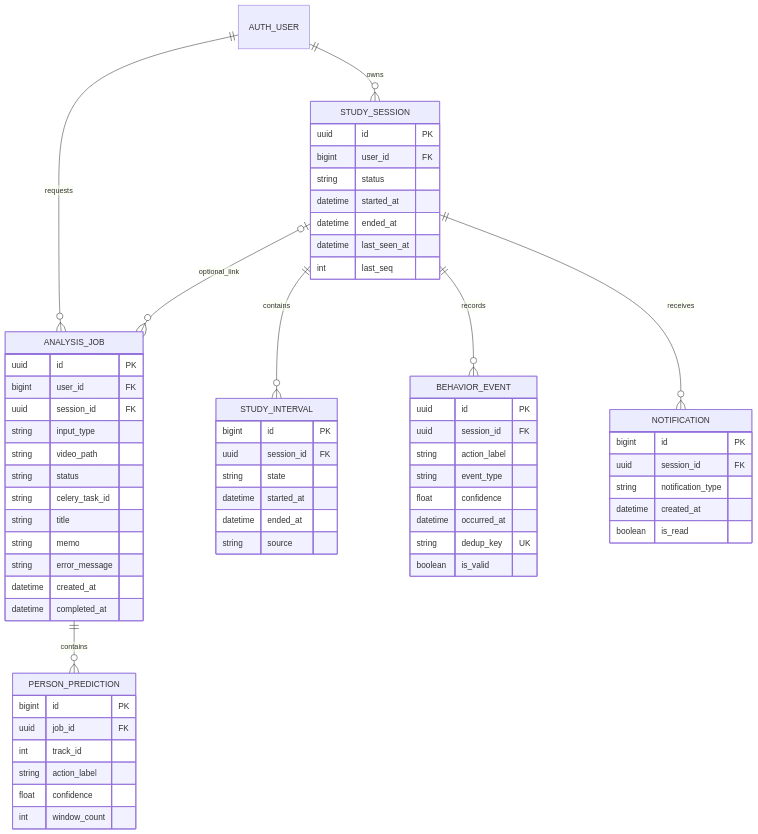
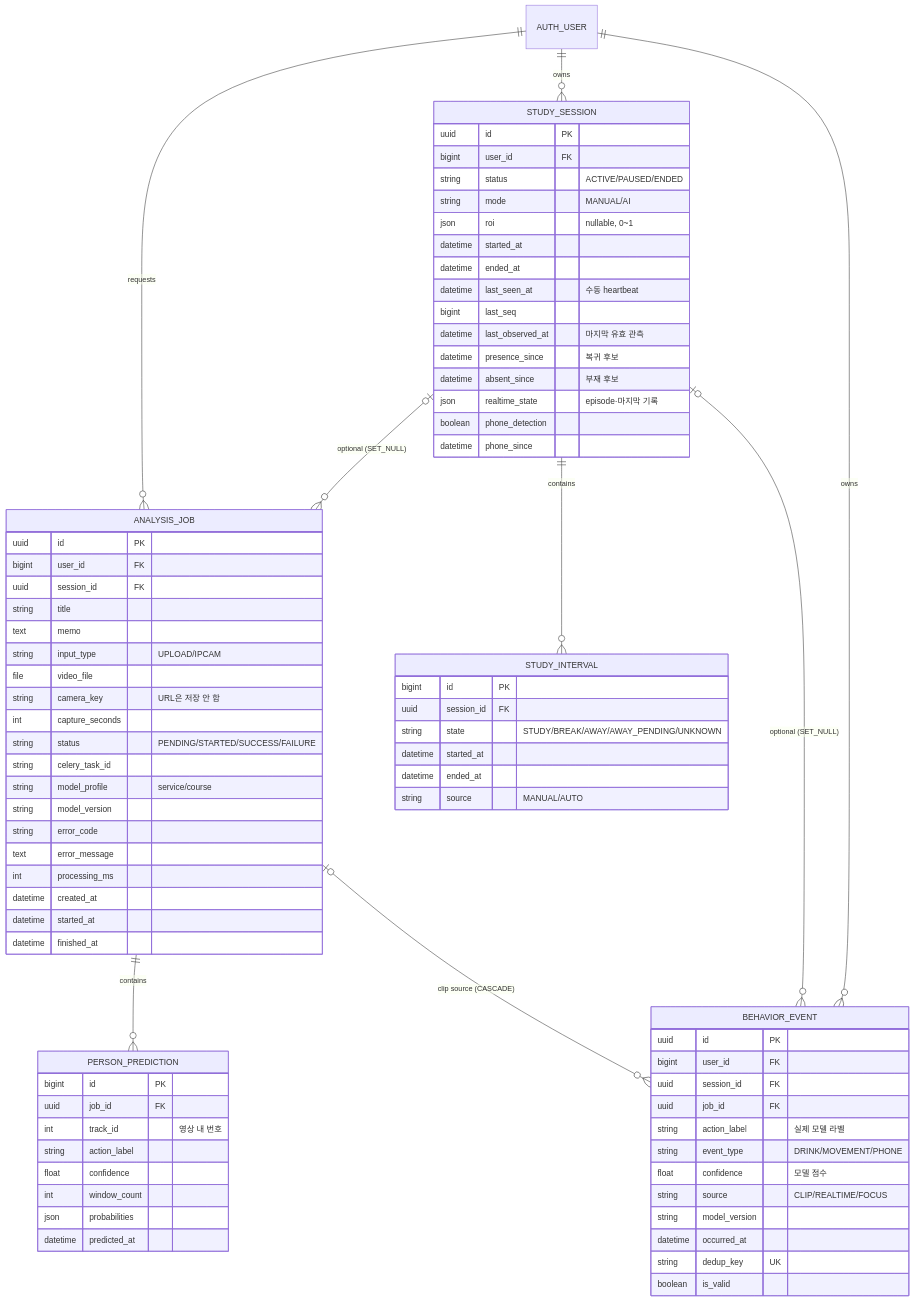
Before and after one commit to HanaPark-lab/desk-habit-coach: the diagram in docs/ERD.md, drawn with Mermaid. The commit also changed other lines of this file and 6 other files, not shown here.

````diff
--- a/docs/ERD.md
+++ b/docs/ERD.md
@@ -2,66 +2,81 @@
 ```mermaid
 erDiagram
  AUTH_USER ||--o{ ANALYSIS_JOB : requests
  ANALYSIS_JOB ||--o{ PERSON_PREDICTION : contains
  AUTH_USER ||--o{ STUDY_SESSION : owns
- STUDY_SESSION o|--o{ ANALYSIS_JOB : optional_link
+ STUDY_SESSION o|--o{ ANALYSIS_JOB : "optional (SET_NULL)"
  STUDY_SESSION ||--o{ STUDY_INTERVAL : contains
- STUDY_SESSION ||--o{ BEHAVIOR_EVENT : records
- STUDY_SESSION ||--o{ NOTIFICATION : receives
+ AUTH_USER ||--o{ BEHAVIOR_EVENT : owns
+ STUDY_SESSION o|--o{ BEHAVIOR_EVENT : "optional (SET_NULL)"
+ ANALYSIS_JOB o|--o{ BEHAVIOR_EVENT : "clip source (CASCADE)"
  STUDY_SESSION {
  uuid id PK
  bigint user_id FK
- string status
+ string status "ACTIVE/PAUSED/ENDED"
+ string mode "MANUAL/AI"
+ json roi "nullable, 0~1"
  datetime started_at
  datetime ended_at
- datetime last_seen_at
- int last_seq
+ datetime last_seen_at "수동 heartbeat"
+ bigint last_seq
+ datetime last_observed_at "마지막 유효 관측"
+ datetime presence_since "복귀 후보"
+ datetime absent_since "부재 후보"
+ json realtime_state "episode·마지막 기록"
+ boolean phone_detection
+ datetime phone_since
  }
  STUDY_INTERVAL {
  bigint id PK
  uuid session_id FK
- string state
+ string state "STUDY/BREAK/AWAY/AWAY_PENDING/UNKNOWN"
  datetime started_at
  datetime ended_at
- string source
+ string source "MANUAL/AUTO"
  }
  BEHAVIOR_EVENT {
  uuid id PK
+ bigint user_id FK
  uuid session_id FK
- string action_label
- string event_type
- float confidence
+ uuid job_id FK
+ string action_label "실제 모델 라벨"
+ string event_type "DRINK/MOVEMENT/PHONE"
+ float confidence "모델 점수"
+ string source "CLIP/REALTIME/FOCUS"
+ string model_version
  datetime occurred_at
  string dedup_key UK
  boolean is_valid
  }
  ANALYSIS_JOB {
  uuid id PK
  bigint user_id FK
  uuid session_id FK
- string input_type
- string video_path
- string status
+ string title
+ text memo
+ string input_type "UPLOAD/IPCAM"
+ file video_file
+ string camera_key "URL은 저장 안 함"
+ int capture_seconds
+ string status "PENDING/STARTED/SUCCESS/FAILURE"
  string celery_task_id
- string title
- string memo
- string error_message
+ string model_profile "service/course"
+ string model_version
+ string error_code
+ text error_message
+ int processing_ms
  datetime created_at
- datetime completed_at
+ datetime started_at
+ datetime finished_at
  }
  PERSON_PREDICTION {
  bigint id PK
  uuid job_id FK
- int track_id
+ int track_id "영상 내 번호"
  string action_label
  float confidence
  int window_count
- }
- NOTIFICATION {
- bigint id PK
- uuid session_id FK
- string notification_type
- datetime created_at
- boolean is_read
+ json probabilities
+ datetime predicted_at
  }
 ```
````
